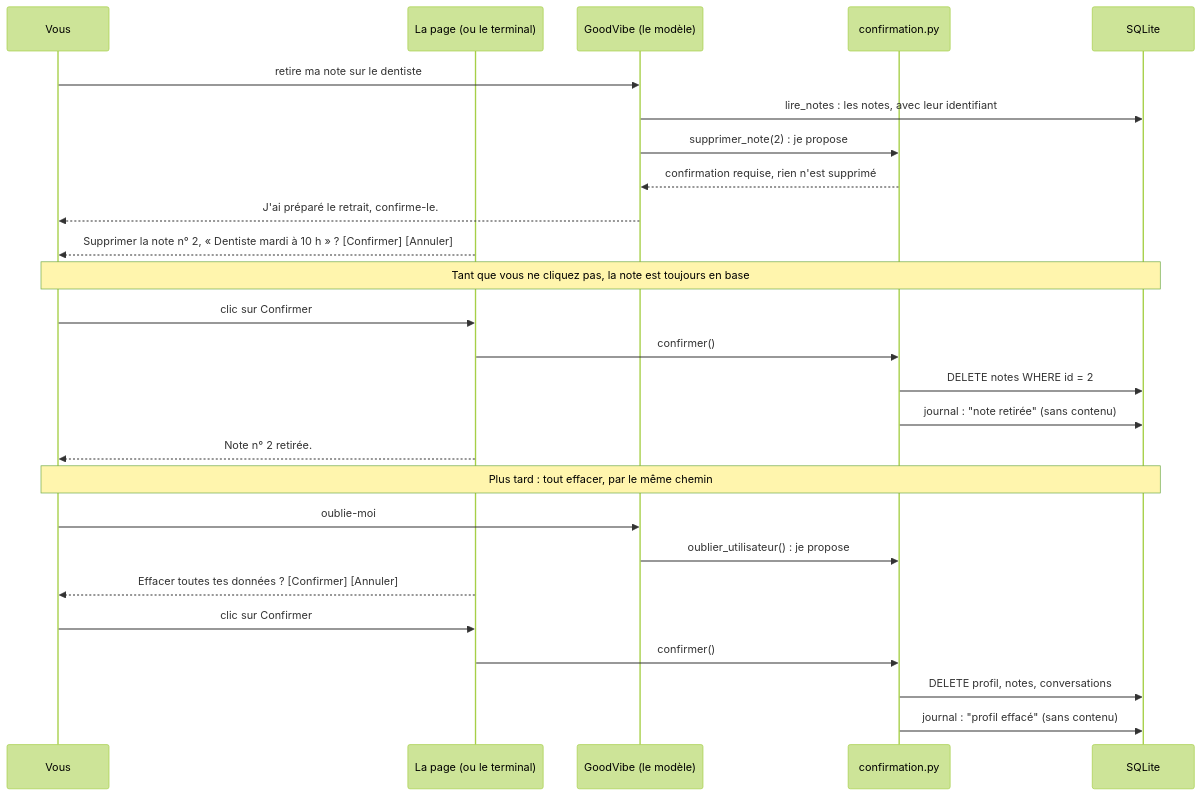
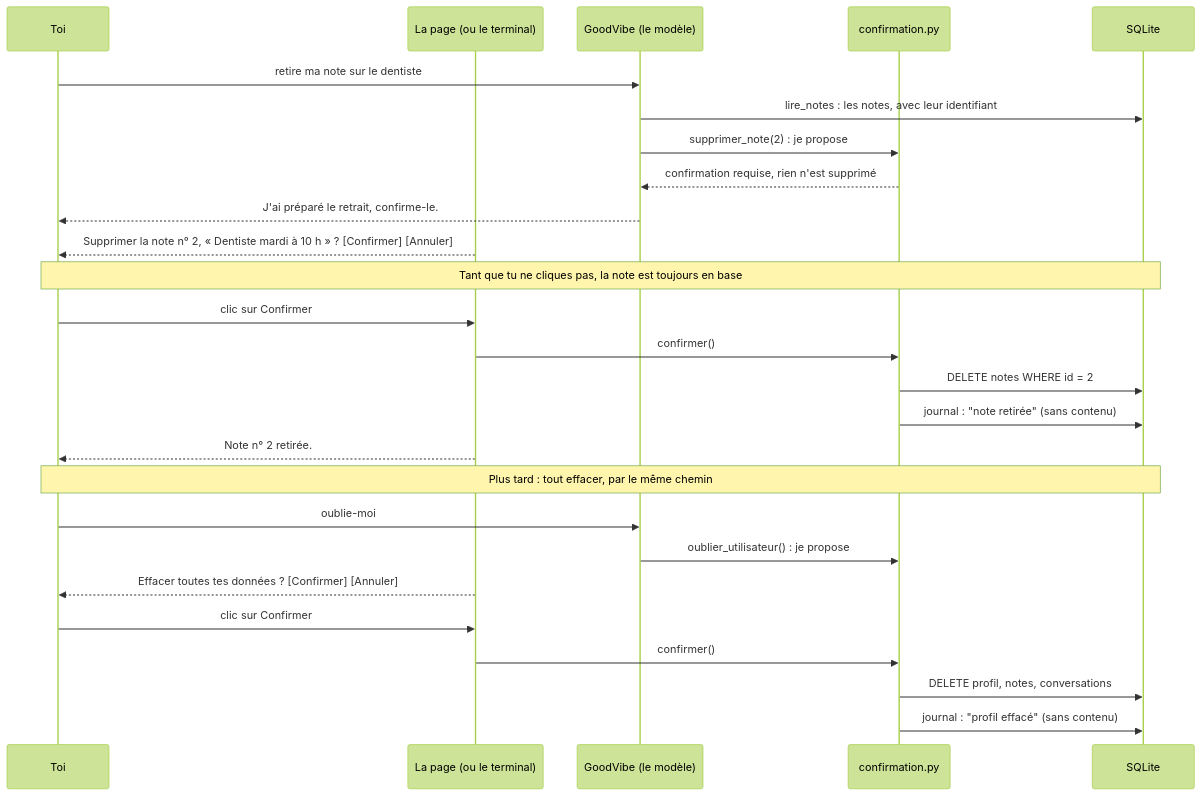
Before and after one commit to lecinquiemejour-code/goodvibe-tuto: diagram 19 of 42 in tuto-goodvibe-vibecoding.md, drawn with Mermaid (forest theme). The commit also changed other lines of this file, not shown here.

Commit message:
docs(tuto): les fiches 1 à 7 tutoient le pilote ; les rubriques deviennent « Ce que tu verras » et « Ce que tu fais »

````diff
--- a/tuto-goodvibe-vibecoding.md
+++ b/tuto-goodvibe-vibecoding.md
@@ -1097,28 +1097,28 @@
 ```mermaid
 sequenceDiagram
-    participant U as Vous
+    participant U as Toi
     participant P as La page (ou le terminal)
     participant A as GoodVibe (le modèle)
     participant C as confirmation.py
     participant D as SQLite
     U->>A: retire ma note sur le dentiste
     A->>D: lire_notes : les notes, avec leur identifiant
     A->>C: supprimer_note(2) : je propose
     C-->>A: confirmation requise, rien n'est supprimé
     A-->>U: J'ai préparé le retrait, confirme-le.
     P-->>U: Supprimer la note n° 2, « Dentiste mardi à 10 h » ? [Confirmer] [Annuler]
-    Note over U,D: Tant que vous ne cliquez pas, la note est toujours en base
+    Note over U,D: Tant que tu ne cliques pas, la note est toujours en base
     U->>P: clic sur Confirmer
     P->>C: confirmer()
     C->>D: DELETE notes WHERE id = 2
     C->>D: journal : "note retirée" (sans contenu)
     P-->>U: Note n° 2 retirée.
     Note over U,D: Plus tard : tout effacer, par le même chemin
     U->>A: oublie-moi
     A->>C: oublier_utilisateur() : je propose
     P-->>U: Effacer toutes tes données ? [Confirmer] [Annuler]
     U->>P: clic sur Confirmer
     P->>C: confirmer()
     C->>D: DELETE profil, notes, conversations
     C->>D: journal : "profil effacé" (sans contenu)
 ```
````
